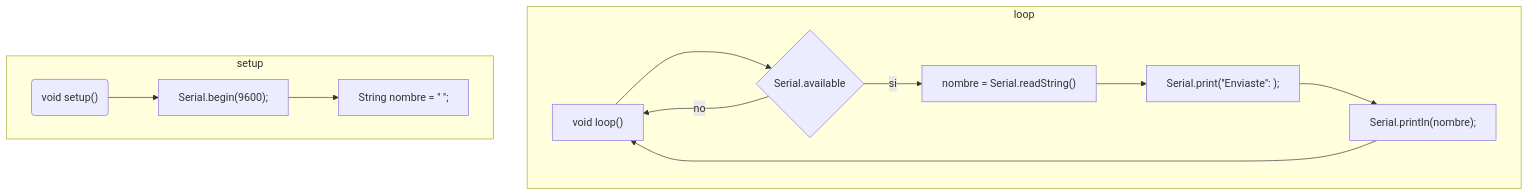
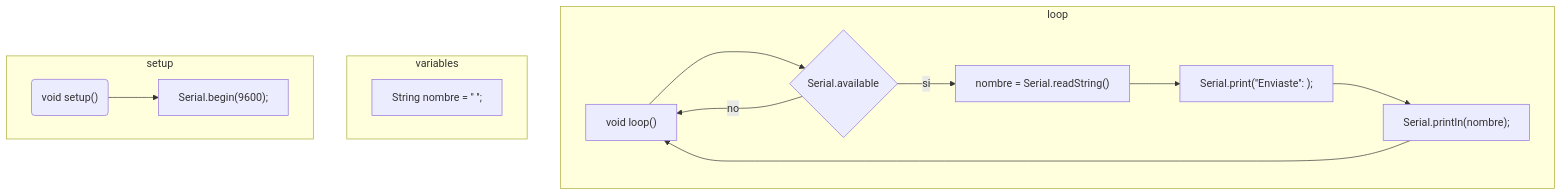
One commit to josuem/slices_EDyM changed the diagram in dia/02S-ejemplo_2.mmd. Above: the diagram before and after it, drawn with Mermaid. The commit also changed other lines of this file and 18 other files, not shown here.

Commit message:
Se arreglan los diagramas de flujo mostrados en los ej 1 2 en el lab. 1. Se agrega el modo interactivo en las presentaciones y se fija la fecha de las clases para cada una de las presentaciones.

```diff
--- a/dia/02S-ejemplo_2.mmd
+++ b/dia/02S-ejemplo_2.mmd
@@ -1,22 +1,24 @@
 graph TB
   %% loop
   subgraph loop    
       loop["void loop()"]
       available{"Serial.available"}
       name1["nombre = Serial.readString()"]
       msn1["Serial.print(''Enviaste'': );"]
       msn2["Serial.println(nombre);"]
       loop ---> available
       available --> |si| name1
       available --> |no| loop
       name1 --> msn1
       msn1 -->msn2
       msn2 ----> loop
 end
+subgraph variables
+    t["String nombre = '' '';"]
+end
   %% Setup
   subgraph  setup
       void("void setup()")
       A["Serial.begin(9600);"]
-      t["String nombre = '' '';"]
-      void-->A; A --> t
+      void-->A
   end
```
